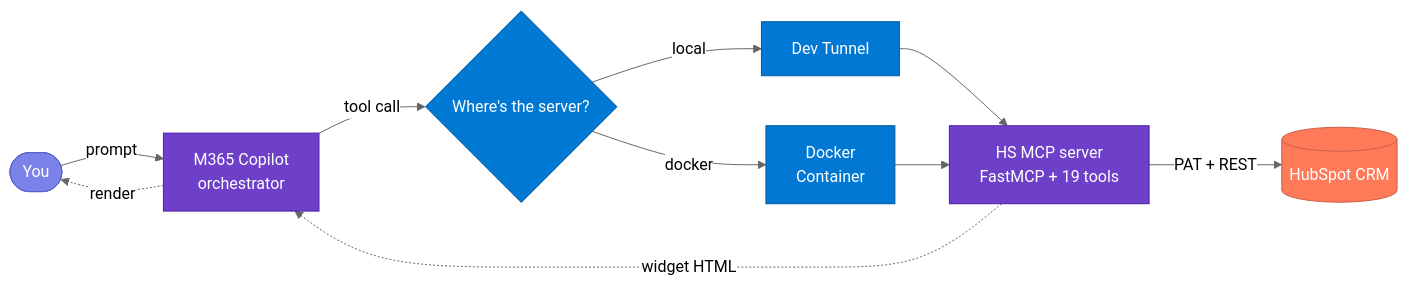
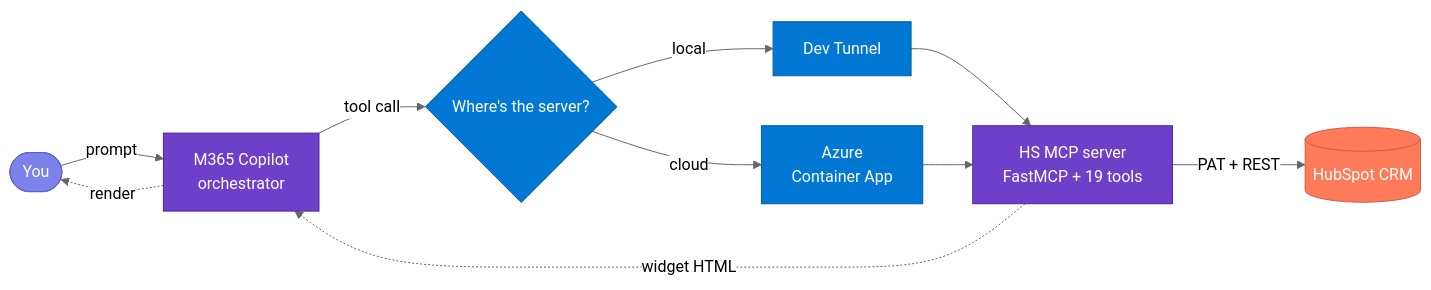
Before and after one commit to Gene-Fong/mcp-interactiveUI-samples: the diagram in mcp-apps/hubspot-crm/python/README.md, drawn with Mermaid (neutral theme). The commit also changed other lines of this file and 15 other files, not shown here.

````diff
--- a/mcp-apps/hubspot-crm/python/README.md
+++ b/mcp-apps/hubspot-crm/python/README.md
@@ -46,20 +47,20 @@
 ```mermaid
 flowchart LR
     U([You]) -->|prompt| C[M365 Copilot<br/>orchestrator]
     C -->|tool call| T{Where's the server?}
     T -->|local| DT[Dev Tunnel]
-    T -->|docker| D[Docker<br/>Container]
+    T -->|cloud| ACA[Azure<br/>Container App]
     DT --> S[HS MCP server<br/>FastMCP + 19 tools]
-    D --> S
+    ACA --> S
     S -->|PAT + REST| HS[(HubSpot CRM)]
     S -.->|widget HTML| C
     C -.->|render| U
     classDef user fill:#7B83EB,stroke:#5B63CB,color:#fff
     classDef server fill:#6E40C9,stroke:#4E20A9,color:#fff
     classDef cloud fill:#0078D4,stroke:#005A9E,color:#fff
     classDef hs fill:#FF7A59,stroke:#CC5E47,color:#fff
     class U user
     class C,S server
-    class DT,D,T cloud
+    class DT,ACA,T cloud
     class HS hs
 ```
````
